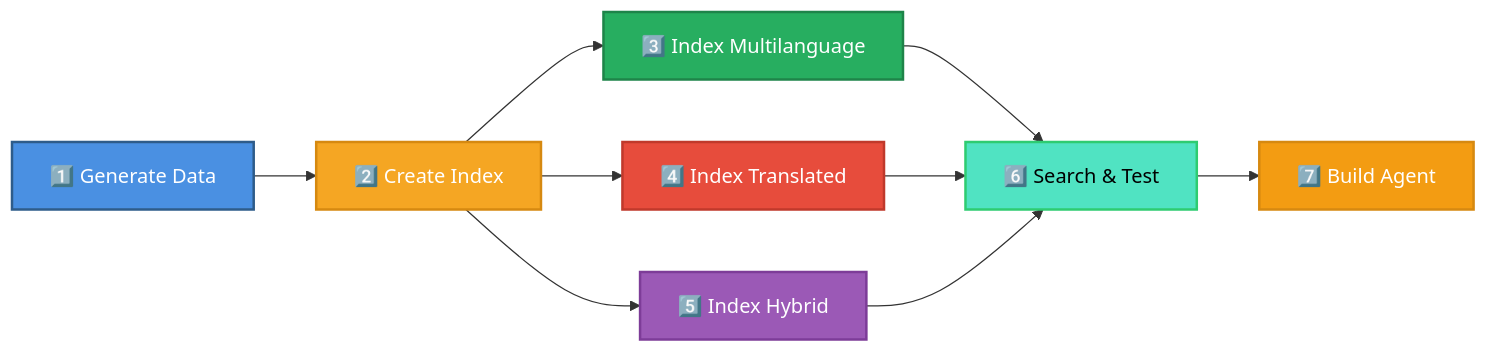
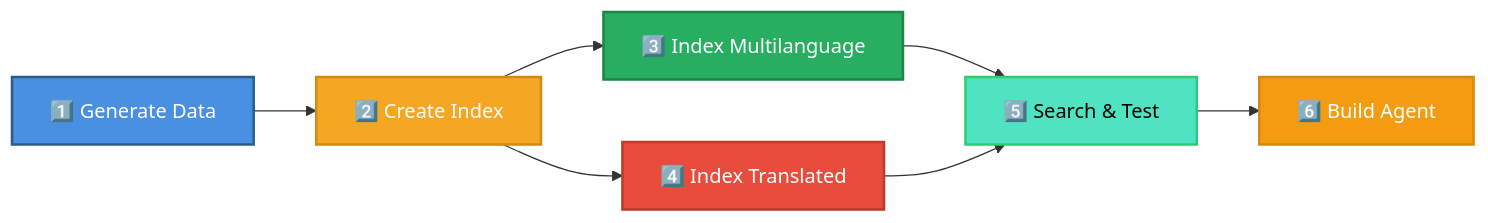
Before and after one commit to hugogirard/RagMultilanguageDemo: the second of 6 diagrams in README.md, drawn with Mermaid. The commit also changed other lines of this file and 5 other files, not shown here.

````diff
--- a/README.md
+++ b/README.md
@@ -236,19 +215,16 @@
 ```mermaid
 graph LR
     A[1️⃣ Generate Data] --> B[2️⃣ Create Index]
     B --> C[3️⃣ Index Multilanguage]
     B --> D[4️⃣ Index Translated]
-    B --> E[5️⃣ Index Hybrid]
-    C --> F[6️⃣ Search & Test]
-    D --> F
-    E --> F
-    F --> G[7️⃣ Build Agent]
+    C --> E[5️⃣ Search & Test]
+    D --> E
+    E --> F[6️⃣ Build Agent]
     
     style A fill:#4A90E2,stroke:#2E5C8A,stroke-width:2px,color:#fff
     style B fill:#F5A623,stroke:#D68910,stroke-width:2px,color:#fff
     style C fill:#27AE60,stroke:#1E8449,stroke-width:2px,color:#fff
     style D fill:#E74C3C,stroke:#C0392B,stroke-width:2px,color:#fff
-    style E fill:#9B59B6,stroke:#7D3C98,stroke-width:2px,color:#fff
-    style F fill:#50E3C2,stroke:#2ECC71,stroke-width:2px,color:#000
-    style G fill:#F39C12,stroke:#D68910,stroke-width:2px,color:#fff
+    style E fill:#50E3C2,stroke:#2ECC71,stroke-width:2px,color:#000
+    style F fill:#F39C12,stroke:#D68910,stroke-width:2px,color:#fff
 ```
````
